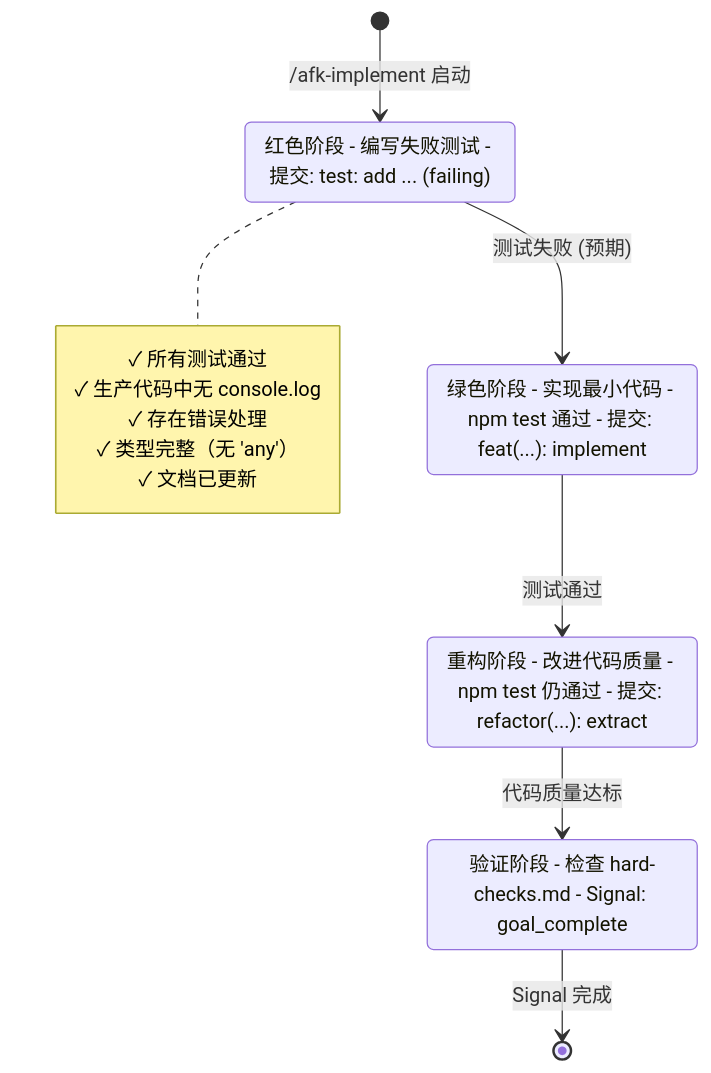
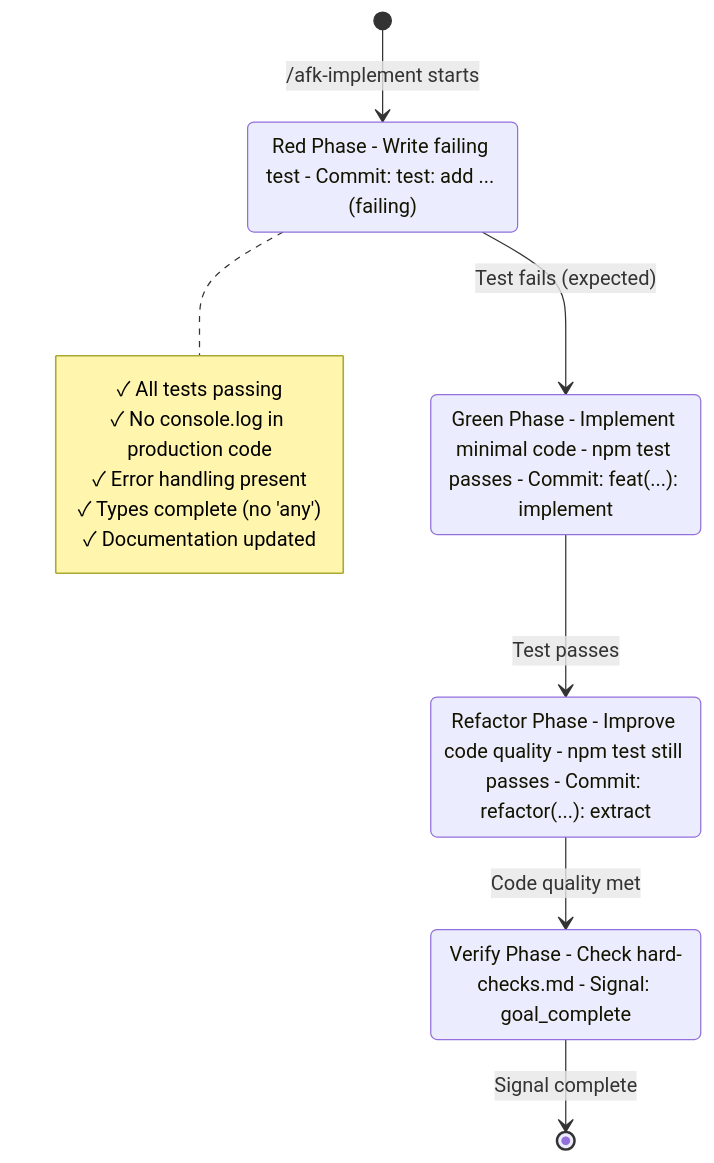
Before and after one commit to easyhaloo/afk: the sixth of 9 diagrams in docs/WORKFLOWS.md, drawn with Mermaid. The commit also changed other lines of this file, not shown here.

````diff
--- a/docs/WORKFLOWS.md
+++ b/docs/WORKFLOWS.md
@@ -264,22 +264,22 @@
 ```mermaid
 stateDiagram-v2
-    [*] --> Red: /afk-implement 启动
+    [*] --> Red: /afk-implement starts
 
-    Red: 红色阶段 - 编写失败测试 - 提交: test: add ... (failing)
-    Green: 绿色阶段 - 实现最小代码 - npm test 通过 - 提交: feat(...): implement
-    Refactor: 重构阶段 - 改进代码质量 - npm test 仍通过 - 提交: refactor(...): extract
-    Verify: 验证阶段 - 检查 hard-checks.md - Signal: goal_complete
+    Red: Red Phase - Write failing test - Commit: test: add ... (failing)
+    Green: Green Phase - Implement minimal code - npm test passes - Commit: feat(...): implement
+    Refactor: Refactor Phase - Improve code quality - npm test still passes - Commit: refactor(...): extract
+    Verify: Verify Phase - Check hard-checks.md - Signal: goal_complete
 
-    Red --> Green: 测试失败 (预期)
-    Green --> Refactor: 测试通过
-    Refactor --> Verify: 代码质量达标
-    Verify --> [*]: Signal 完成
+    Red --> Green: Test fails (expected)
+    Green --> Refactor: Test passes
+    Refactor --> Verify: Code quality met
+    Verify --> [*]: Signal complete
 
     note right of Red
-      ✓ 所有测试通过
-      ✓ 生产代码中无 console.log
-      ✓ 存在错误处理
-      ✓ 类型完整（无 'any'）
-      ✓ 文档已更新
+      ✓ All tests passing
+      ✓ No console.log in production code
+      ✓ Error handling present
+      ✓ Types complete (no 'any')
+      ✓ Documentation updated
     end note
 ```
````
